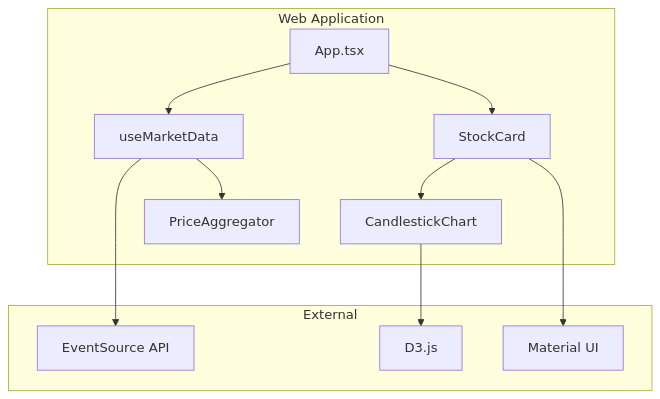
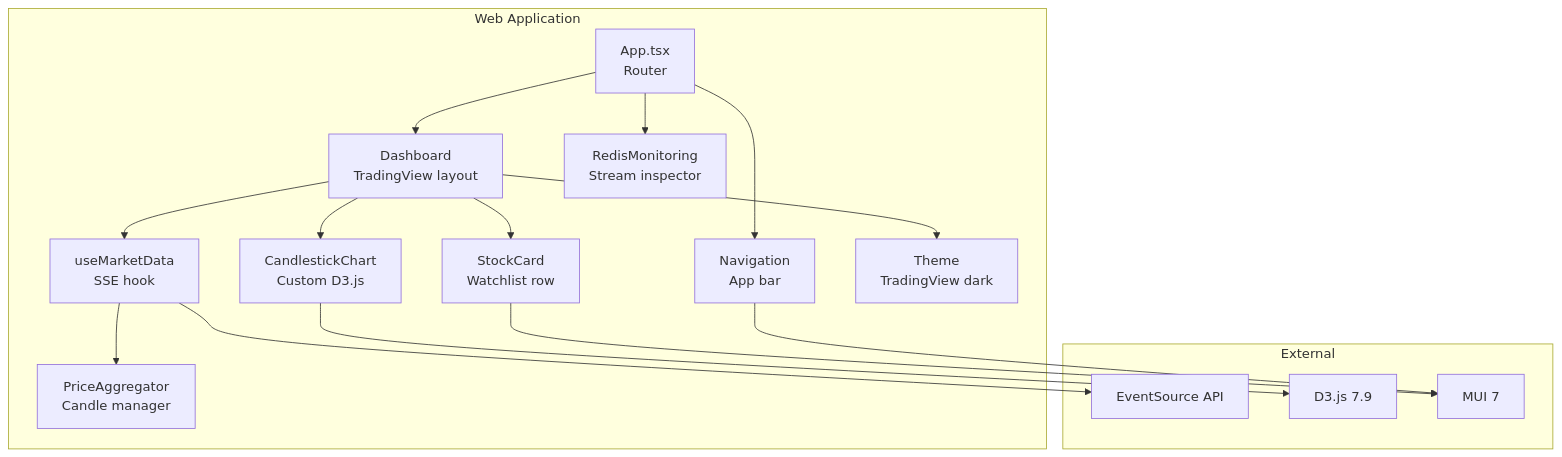
Before and after one commit to raj-champion-trader/rajchampaneriya.github.io: the sixth of 10 diagrams in hugo-site/content/projects/stock-market-simulator/index.md, drawn with Mermaid. The commit also changed other lines of this file and 4 other files, not shown here.

First line of the commit message:
Enhance Stock Market Simulator documentation and architecture details

````diff
--- a/hugo-site/content/projects/stock-market-simulator/index.md
+++ b/hugo-site/content/projects/stock-market-simulator/index.md
@@ -202,24 +241,33 @@
 ```mermaid
 flowchart TB
     subgraph WebAppContainer["Web Application"]
-        AppComponent["App.tsx"]
-        UseMarketData["useMarketData"]
-        StockCard["StockCard"]
-        CandlestickChart["CandlestickChart"]
-        PriceAggregator["PriceAggregator"]
+        AppComponent["App.tsx<br/>Router"]
+        Dashboard["Dashboard<br/>TradingView layout"]
+        UseMarketData["useMarketData<br/>SSE hook"]
+        StockCard["StockCard<br/>Watchlist row"]
+        CandlestickChart["CandlestickChart<br/>Custom D3.js"]
+        PriceAggregator["PriceAggregator<br/>Candle manager"]
+        RedisMonitoring["RedisMonitoring<br/>Stream inspector"]
+        Navigation["Navigation<br/>App bar"]
+        Theme["Theme<br/>TradingView dark"]
     end
 
     subgraph External["External"]
         EventSourceAPI["EventSource API"]
-        D3js["D3.js"]
-        MaterialUI["Material UI"]
+        D3js["D3.js 7.9"]
+        MaterialUI["MUI 7"]
     end
 
-    AppComponent --> UseMarketData
-    AppComponent --> StockCard
+    AppComponent --> Dashboard
+    AppComponent --> RedisMonitoring
+    AppComponent --> Navigation
+    Dashboard --> UseMarketData
+    Dashboard --> StockCard
+    Dashboard --> CandlestickChart
     UseMarketData --> EventSourceAPI
     UseMarketData --> PriceAggregator
-    StockCard --> CandlestickChart
+    CandlestickChart --> D3js
     StockCard --> MaterialUI
-    CandlestickChart --> D3js
+    Navigation --> MaterialUI
+    Dashboard --> Theme
 ```
````
